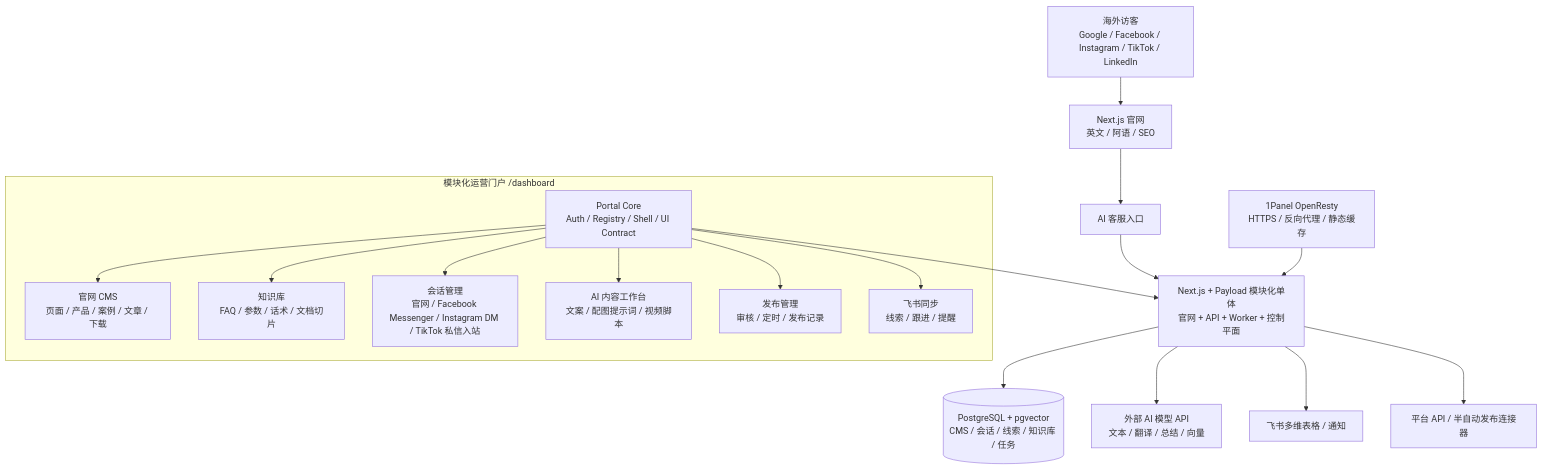
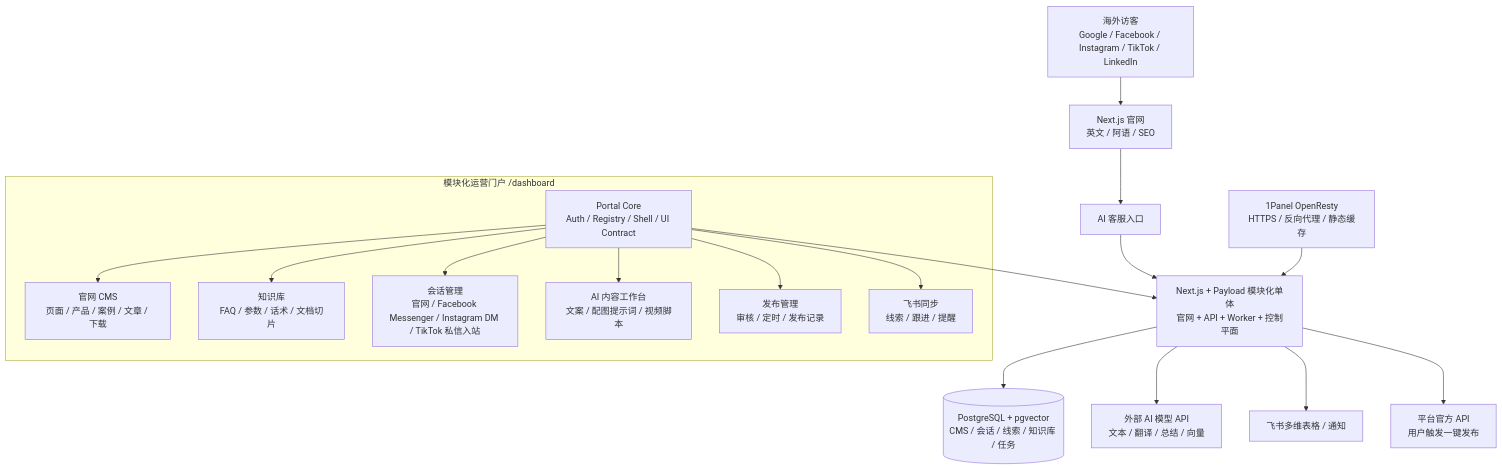
The diagram in docs/architecture/一期技术选型与部署架构规划.md (jueyunai/ivybm), drawn with Mermaid before and after one commit. The commit also changed other lines of this file and 10 other files, not shown here.

````diff
--- a/docs/architecture/一期技术选型与部署架构规划.md
+++ b/docs/architecture/一期技术选型与部署架构规划.md
@@ -93,31 +95,31 @@
 ```mermaid
 flowchart TB
     U["海外访客<br/>Google / Facebook / Instagram / TikTok / LinkedIn"] --> W["Next.js 官网<br/>英文 / 阿语 / SEO"]
     W --> CHAT["AI 客服入口"]
     CHAT --> APP["Next.js + Payload 模块化单体<br/>官网 + API + Worker + 控制平面"]
 
     subgraph ADMIN["模块化运营门户 /dashboard"]
         CORE["Portal Core<br/>Auth / Registry / Shell / UI Contract"]
         CMS["官网 CMS<br/>页面 / 产品 / 案例 / 文章 / 下载"]
         KB["知识库<br/>FAQ / 参数 / 话术 / 文档切片"]
         MSG["会话管理<br/>官网 / Facebook Messenger / Instagram DM / TikTok 私信入站"]
         CW["AI 内容工作台<br/>文案 / 配图提示词 / 视频脚本"]
         PUB["发布管理<br/>审核 / 定时 / 发布记录"]
         CRM["飞书同步<br/>线索 / 跟进 / 提醒"]
     end
 
     CORE --> APP
     CORE --> CMS
     CORE --> KB
     CORE --> MSG
     CORE --> CW
     CORE --> PUB
     CORE --> CRM
 
     APP --> DB[("PostgreSQL + pgvector<br/>CMS / 会话 / 线索 / 知识库 / 任务")]
     APP --> AI["外部 AI 模型 API<br/>文本 / 翻译 / 总结 / 向量"]
     APP --> FEISHU["飞书多维表格 / 通知"]
-    APP --> SOCIAL["平台 API / 半自动发布连接器"]
+    APP --> SOCIAL["平台官方 API<br/>用户触发一键发布"]
 
     OPENRESTY["1Panel OpenResty<br/>HTTPS / 反向代理 / 静态缓存"] --> APP
 ```
````
